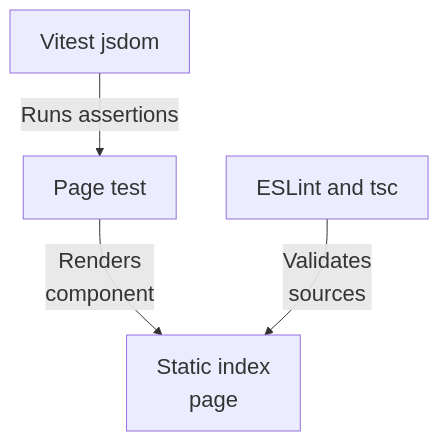
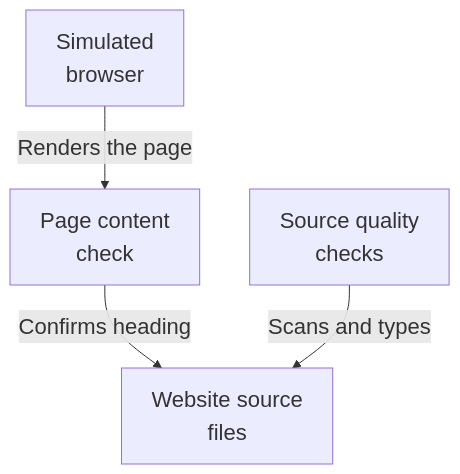
The second of 2 diagrams in maps/frontend/README.md (Justin-Mendoza/Afterclass), drawn with Mermaid before and after one commit. The commit also changed other lines of this file and 91 other files, not shown here.

````diff
--- a/maps/frontend/README.md
+++ b/maps/frontend/README.md
@@ -89,11 +56,11 @@
 ```mermaid
 %%{init: {"themeVariables": {"fontSize": "22px"}}}%%
 flowchart TD
-  n0["Vitest jsdom"]
-  n1["Page test"]
-  n2["Static index<br/>page"]
-  n3["ESLint and tsc"]
-  n0 -->|"Runs assertions"| n1
-  n1 -->|"Renders<br/>component"| n2
-  n3 -->|"Validates<br/>sources"| n2
+  n0["Simulated<br/>browser"]
+  n1["Page content<br/>check"]
+  n2["Source quality<br/>checks"]
+  n3["Website source<br/>files"]
+  n0 -->|"Renders the page"| n1
+  n1 -->|"Confirms heading"| n3
+  n2 -->|"Scans and types"| n3
 ```
````
